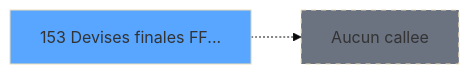
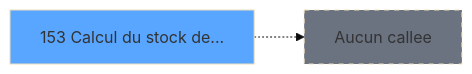
Before and after one commit to thonyAGP/lecteur-magic: the third of 3 diagrams in .openspec/specs/ADH-IDE-153.md, drawn with Mermaid (base theme). The commit also changed other lines of this file and 493 other files, not shown here.

````diff
--- a/.openspec/specs/ADH-IDE-153.md
+++ b/.openspec/specs/ADH-IDE-153.md
@@ -168,8 +223,8 @@
 ```mermaid
 graph LR
-    T153[153 Devises finales FF...]
+    T153[153 Calcul du stock de...]
     style T153 fill:#58a6ff
     NONE[Aucun callee]
     T153 -.-> NONE
     style NONE fill:#6b7280,stroke-dasharray: 5 5
 ```
````
